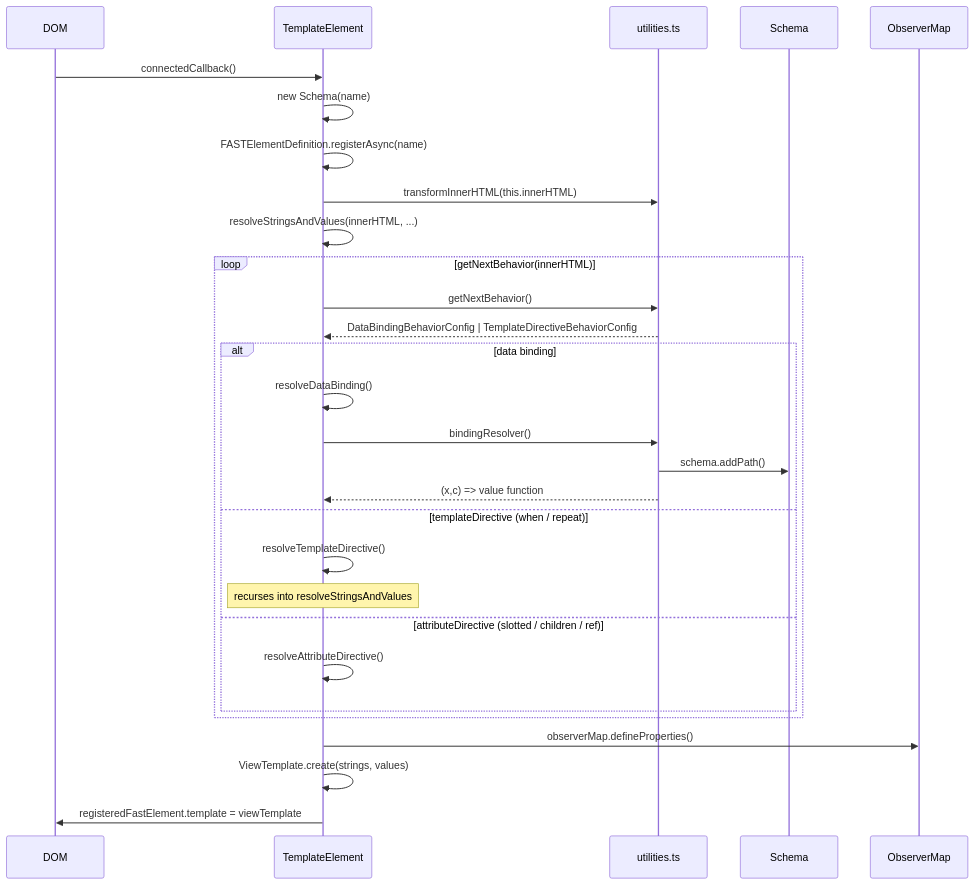
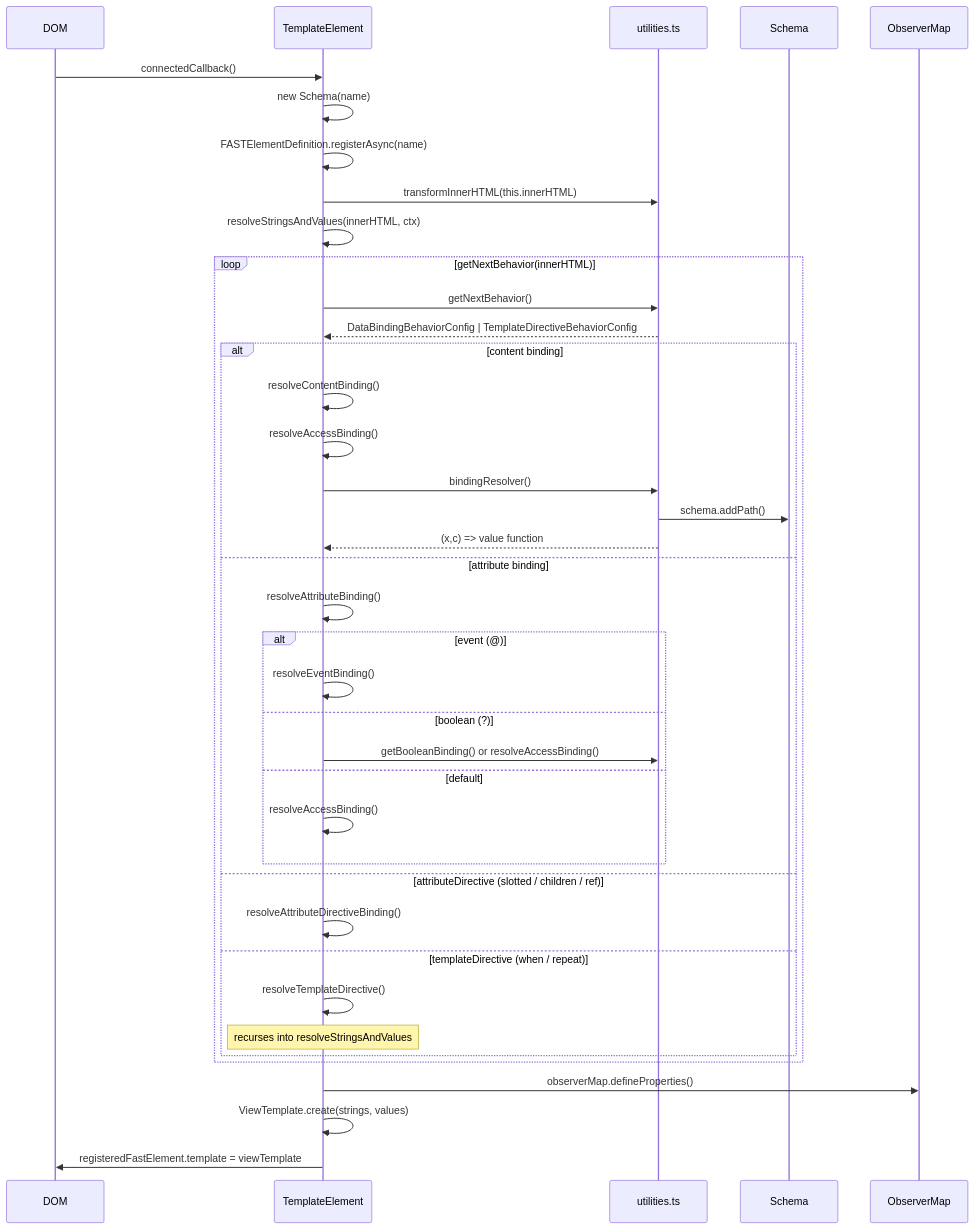
Before and after one commit to microsoft/fast: the second of 4 diagrams in packages/fast-html/DESIGN.md, drawn with Mermaid. The commit also changed other lines of this file and 1 other file, not shown here.

````diff
--- a/packages/fast-html/DESIGN.md
+++ b/packages/fast-html/DESIGN.md
@@ -258,32 +258,42 @@
 ```mermaid
 sequenceDiagram
     participant DOM
     participant TE as TemplateElement
     participant U as utilities.ts
     participant S as Schema
     participant OM as ObserverMap
 
     DOM->>TE: connectedCallback()
     TE->>TE: new Schema(name)
     TE->>TE: FASTElementDefinition.registerAsync(name)
     TE->>U: transformInnerHTML(this.innerHTML)
-    TE->>TE: resolveStringsAndValues(innerHTML, ...)
+    TE->>TE: resolveStringsAndValues(innerHTML, ctx)
     loop getNextBehavior(innerHTML)
         TE->>U: getNextBehavior()
         U-->>TE: DataBindingBehaviorConfig | TemplateDirectiveBehaviorConfig
-        alt data binding
-            TE->>TE: resolveDataBinding()
+        alt content binding
+            TE->>TE: resolveContentBinding()
+            TE->>TE: resolveAccessBinding()
             TE->>U: bindingResolver()
             U->>S: schema.addPath()
             U-->>TE: (x,c) => value function
+        else attribute binding
+            TE->>TE: resolveAttributeBinding()
+            alt event (@)
+                TE->>TE: resolveEventBinding()
+            else boolean (?)
+                TE->>U: getBooleanBinding() or resolveAccessBinding()
+            else default
+                TE->>TE: resolveAccessBinding()
+            end
+        else attributeDirective (slotted / children / ref)
+            TE->>TE: resolveAttributeDirectiveBinding()
         else templateDirective (when / repeat)
             TE->>TE: resolveTemplateDirective()
             note over TE: recurses into resolveStringsAndValues
-        else attributeDirective (slotted / children / ref)
-            TE->>TE: resolveAttributeDirective()
         end
     end
     TE->>OM: observerMap.defineProperties()
     TE->>TE: ViewTemplate.create(strings, values)
     TE->>DOM: registeredFastElement.template = viewTemplate
 ```
````
